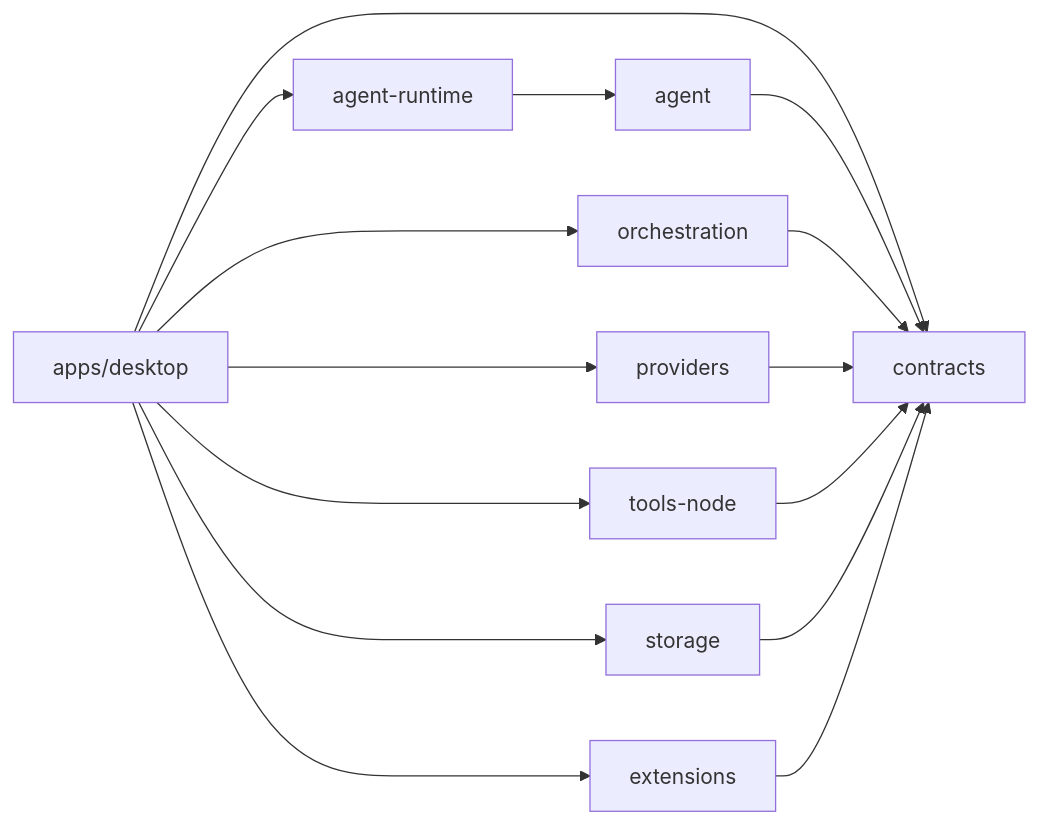
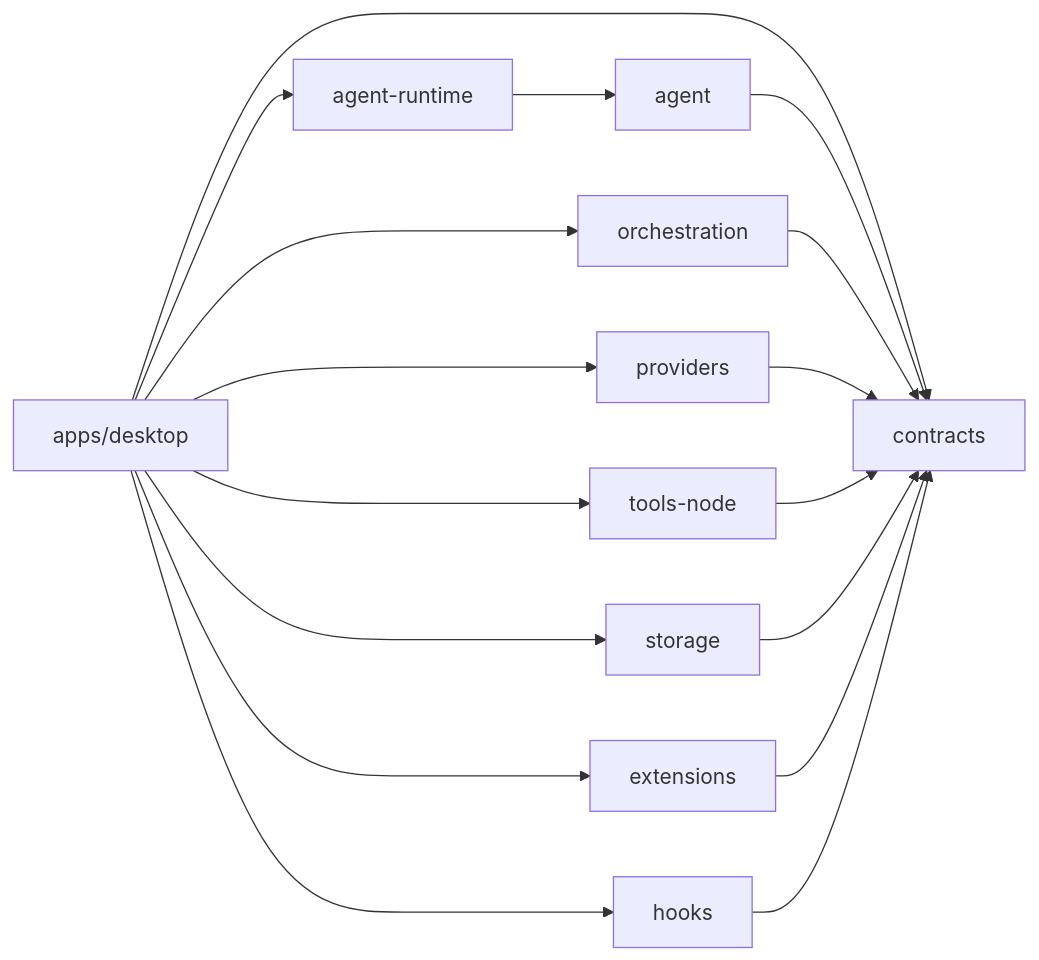
The diagram in docs/technical-implementation/README.md (zxt6991-source/jojo-agent), drawn with Mermaid before and after one commit. The commit also changed other lines of this file and 56 other files, not shown here.

````diff
--- a/docs/technical-implementation/README.md
+++ b/docs/technical-implementation/README.md
@@ -29,17 +30,19 @@
 ```mermaid
 flowchart LR
     D["apps/desktop"] --> C["contracts"]
     D --> R["agent-runtime"]
     R --> A["agent"]
     D --> P["providers"]
     D --> T["tools-node"]
     D --> S["storage"]
     D --> O["orchestration"]
     D --> E["extensions"]
+    D --> H["hooks"]
     A --> C
     O --> C
     P --> C
     T --> C
     S --> C
     E --> C
+    H --> C
 ```
````
